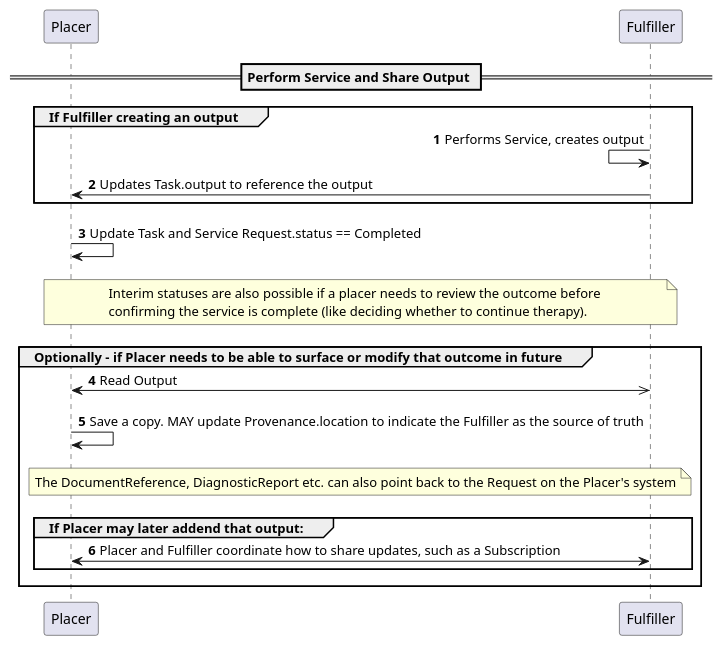
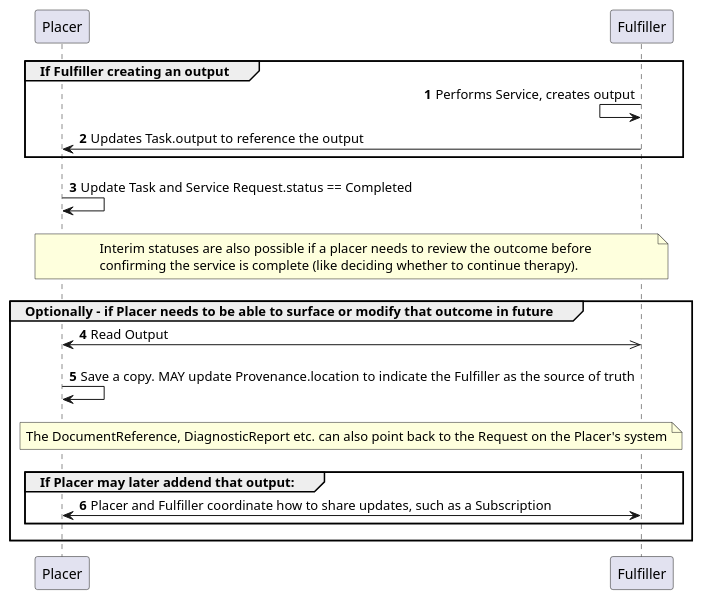
Before and after one commit to HL7/fhir-cow-ig: the diagram in input/images-source/share-outputs.plantuml, drawn with PlantUML.

```diff
--- a/input/images-source/share-outputs.plantuml
+++ b/input/images-source/share-outputs.plantuml
@@ -1,37 +1,35 @@
 @startuml
 autonumber
 participant Placer order 10
-
 participant Fulfiller order 20
 
-== Perform Service and Share Output == 
 group If Fulfiller creating an output
     Fulfiller <- Fulfiller: Performs Service, creates output
     Fulfiller -> Placer: Updates Task.output to reference the output 
     end
 ||10||
 Placer -> Placer: Update Task and Service Request.status == Completed
 ||10||
 
 note over Placer, Fulfiller
     Interim statuses are also possible if a placer needs to review the outcome before 
     confirming the service is complete (like deciding whether to continue therapy). 
     endnote
 ||10||
     
 group Optionally - if Placer needs to be able to surface or modify that outcome in future
     Placer <->> Fulfiller: Read Output 
 ||10||
     Placer -> Placer: Save a copy. MAY update Provenance.location to indicate the Fulfiller as the source of truth
 
 ||10||
     note over Placer, Fulfiller
     The DocumentReference, DiagnosticReport etc. can also point back to the Request on the Placer's system
     endnote
 ||10||
     group If Placer may later addend that output:
     Placer <-> Fulfiller: Placer and Fulfiller coordinate how to share updates, such as a Subscription
     end
 ||10||
     end
 @enduml
```
